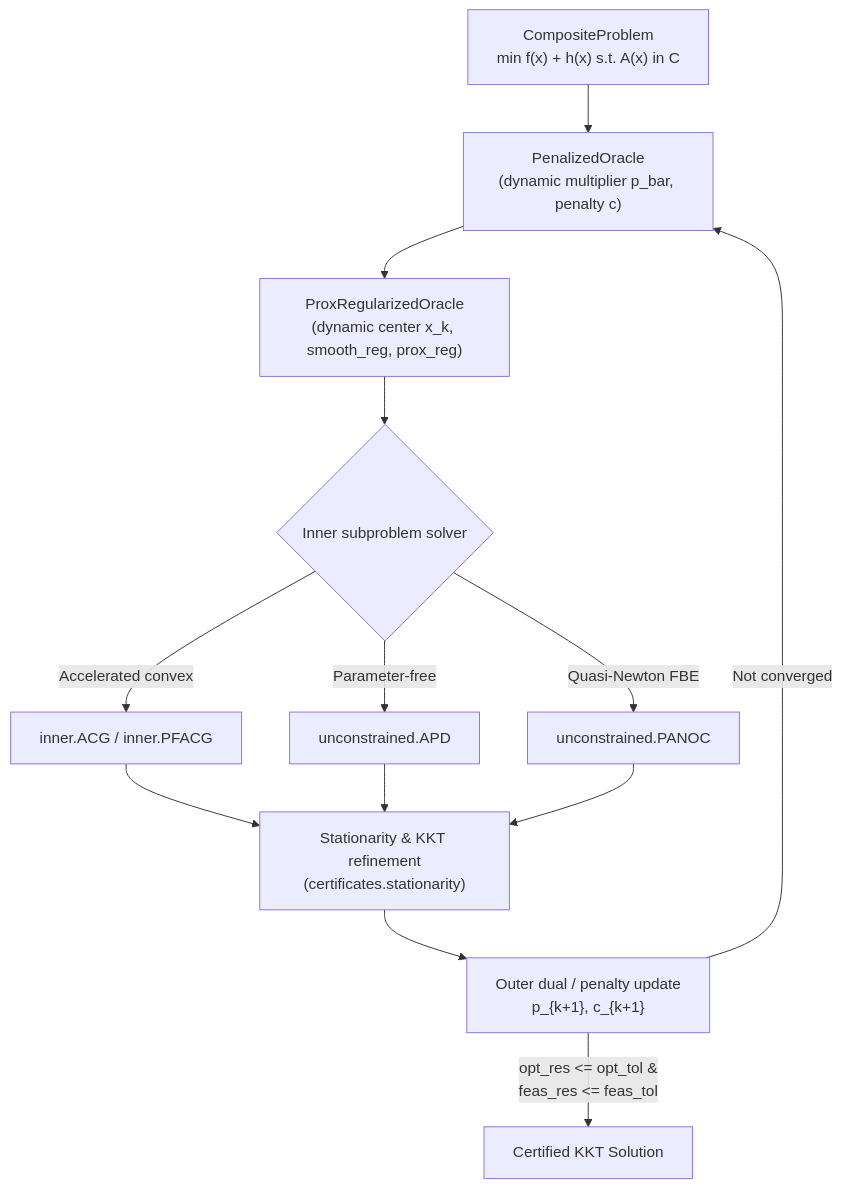
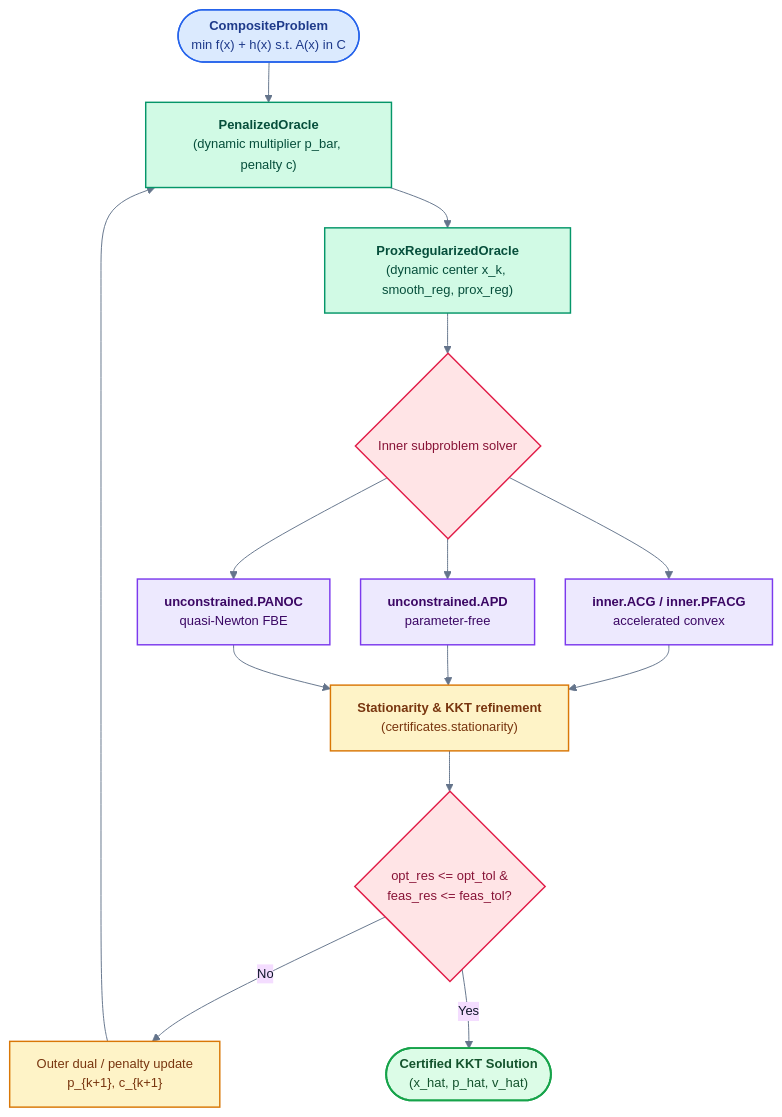
One commit to wwkong/proxax changed the third of 4 diagrams in docs/appendices/software_architecture.md. Above: the diagram before and after it, drawn with Mermaid. The commit also changed other lines of this file and 1 other file, not shown here.

Commit message:
Style Appendix E Mermaid architecture diagrams and framing

````diff
--- a/docs/appendices/software_architecture.md
+++ b/docs/appendices/software_architecture.md
@@ -94,15 +121,30 @@
 ```{mermaid}
+%%{init: {'theme': 'base', 'flowchart': {'curve': 'basis', 'padding': 14, 'nodeSpacing': 32, 'rankSpacing': 42}, 'themeVariables': {'fontFamily': 'Inter, system-ui, -apple-system, sans-serif', 'fontSize': '13.5px', 'lineColor': '#64748b', 'primaryTextColor': '#0f172a'}}}%%
 flowchart TB
-    CP["CompositeProblem<br/>min f(x) + h(x) s.t. A(x) in C"] --> PEN["PenalizedOracle<br/>(dynamic multiplier p_bar, penalty c)"]
-    PEN --> REG["ProxRegularizedOracle<br/>(dynamic center x_k, smooth_reg, prox_reg)"]
+    classDef prob fill:#dbeafe,stroke:#2563eb,color:#1e3a8a,stroke-width:1.5px
+    classDef oracle fill:#d1fae5,stroke:#059669,color:#064e3b,stroke-width:1.5px
+    classDef decision fill:#ffe4e6,stroke:#e11d48,color:#881337,stroke-width:1.5px
+    classDef inner fill:#ede9fe,stroke:#7c3aed,color:#3b0764,stroke-width:1.5px
+    classDef outer fill:#fef3c7,stroke:#d97706,color:#78350f,stroke-width:1.5px
+    classDef done fill:#dcfce7,stroke:#16a34a,color:#14532d,stroke-width:2px
 
-    REG --> SUB{"Inner subproblem solver"}
-    SUB -->|"Accelerated convex"| ACG["inner.ACG / inner.PFACG"]
-    SUB -->|"Parameter-free"| APD["unconstrained.APD"]
-    SUB -->|"Quasi-Newton FBE"| PANOC["unconstrained.PANOC"]
+    CP(["<b>CompositeProblem</b><br/>min f(x) + h(x) s.t. A(x) in C"]):::prob
+    PEN["<b>PenalizedOracle</b><br/>(dynamic multiplier p_bar, penalty c)"]:::oracle
+    REG["<b>ProxRegularizedOracle</b><br/>(dynamic center x_k, smooth_reg, prox_reg)"]:::oracle
 
-    ACG & APD & PANOC --> REF["Stationarity & KKT refinement<br/>(certificates.stationarity)"]
-    REF --> UPD["Outer dual / penalty update<br/>p_{k+1}, c_{k+1}"]
-    UPD -->|"Not converged"| PEN
-    UPD -->|"opt_res <= opt_tol &<br/>feas_res <= feas_tol"| DONE["Certified KKT Solution"]
+    SUB{"Inner subproblem solver"}:::decision
+    ACG["<b>inner.ACG / inner.PFACG</b><br/>accelerated convex"]:::inner
+    APD["<b>unconstrained.APD</b><br/>parameter-free"]:::inner
+    PANOC["<b>unconstrained.PANOC</b><br/>quasi-Newton FBE"]:::inner
+
+    REF["<b>Stationarity & KKT refinement</b><br/>(certificates.stationarity)"]:::outer
+    UPD{"opt_res <= opt_tol &<br/>feas_res <= feas_tol?"}:::decision
+    STEP["Outer dual / penalty update<br/>p_{k+1}, c_{k+1}"]:::outer
+    DONE(["<b>Certified KKT Solution</b><br/>(x_hat, p_hat, v_hat)"]):::done
+
+    CP --> PEN --> REG --> SUB
+    SUB --> ACG & APD & PANOC
+    ACG & APD & PANOC --> REF --> UPD
+    UPD -->|"No"| STEP --> PEN
+    UPD -->|"Yes"| DONE
 ```
````
